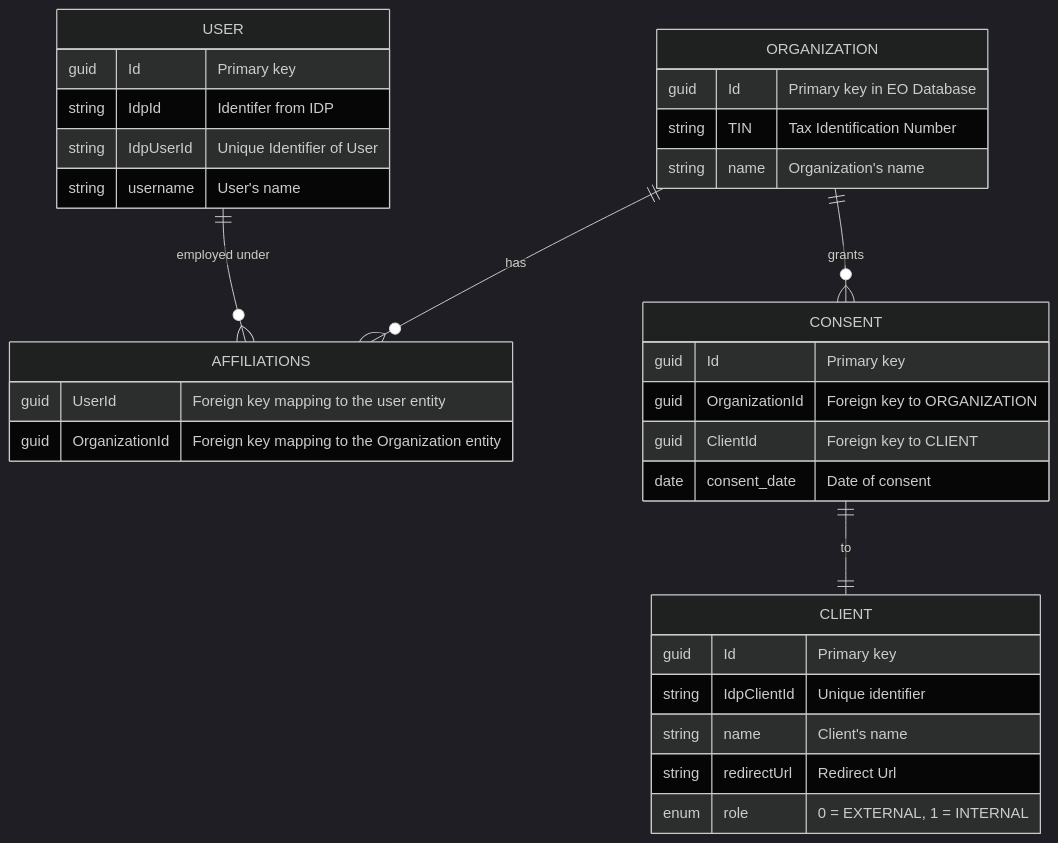
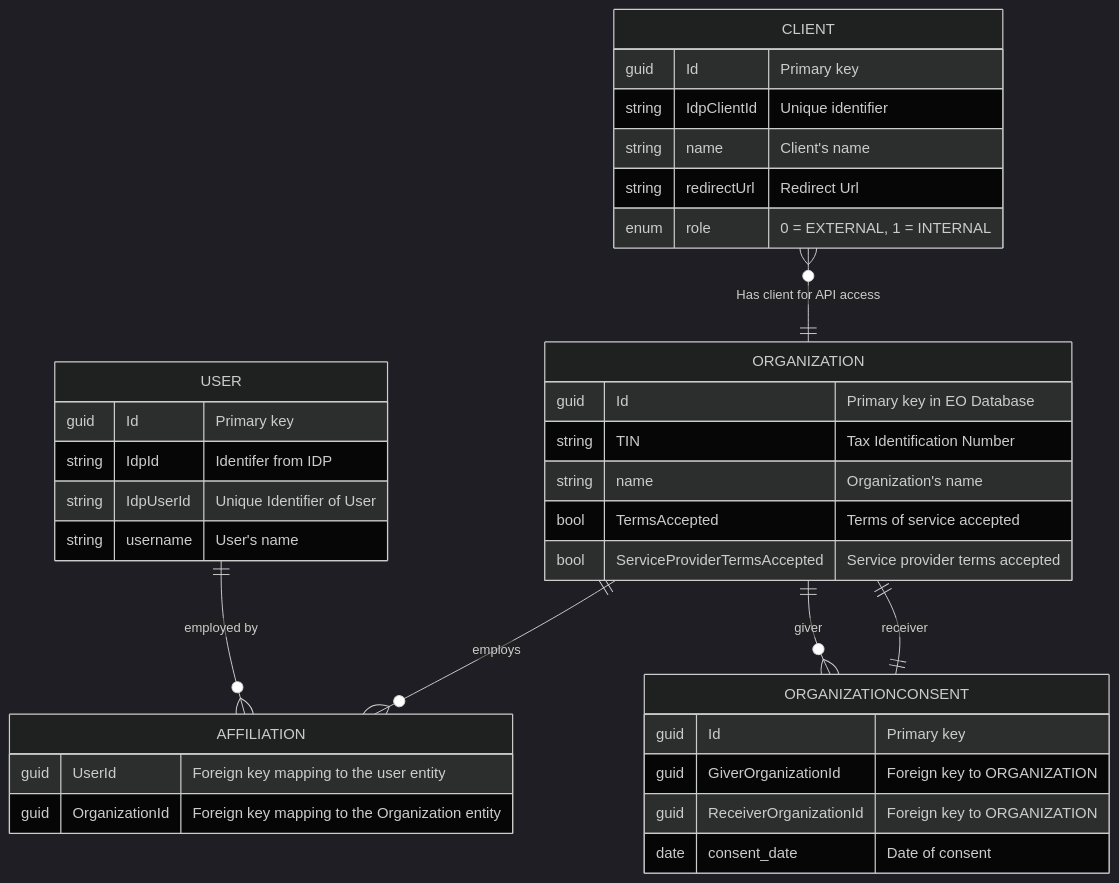
One commit to Energinet-DataHub/energy-origin changed the first of 7 diagrams in doc/architecture/domains/authorization.md. Above: the diagram before and after it, drawn with Mermaid (dark theme). The commit also changed other lines of this file and 3 other files, not shown here.

````diff
--- a/doc/architecture/domains/authorization.md
+++ b/doc/architecture/domains/authorization.md
@@ -26,41 +22,43 @@
 ```mermaid
 erDiagram
-    USER ||--o{ AFFILIATIONS : "employed under"
-    ORGANIZATION ||--o{ AFFILIATIONS : "has"
-    ORGANIZATION ||--o{ CONSENT : "grants"
-    CONSENT ||--|| CLIENT : "to"
-
+    USER ||--o{ AFFILIATION : "employed by"
+    ORGANIZATION ||--o{ AFFILIATION : "employs"
+    ORGANIZATION ||--o{ ORGANIZATIONCONSENT : "giver"
+    ORGANIZATIONCONSENT ||--|| ORGANIZATION : "receiver"
+    CLIENT }o--|| ORGANIZATION : "Has client for API access"
 
     ORGANIZATION {
         guid Id "Primary key in EO Database"
         string TIN "Tax Identification Number"
         string name "Organization's name"
+        bool TermsAccepted "Terms of service accepted"
+        bool ServiceProviderTermsAccepted "Service provider terms accepted"
     }
 
     USER {
         guid Id "Primary key"
         string IdpId "Identifer from IDP"
         string IdpUserId "Unique Identifier of User"
         string username "User's name"
     }
 
-    AFFILIATIONS {
+    AFFILIATION {
         guid UserId "Foreign key mapping to the user entity"
         guid OrganizationId "Foreign key mapping to the Organization entity"
     }
 
     CLIENT {
         guid Id "Primary key"
         string IdpClientId "Unique identifier"
         string name "Client's name"
         string redirectUrl "Redirect Url"
         enum role "0 = EXTERNAL, 1 = INTERNAL"
     }
 
-    CONSENT {
+    ORGANIZATIONCONSENT {
         guid Id "Primary key"
-        guid OrganizationId "Foreign key to ORGANIZATION"
-        guid ClientId "Foreign key to CLIENT"
+        guid GiverOrganizationId "Foreign key to ORGANIZATION"
+        guid ReceiverOrganizationId "Foreign key to ORGANIZATION"
         date consent_date "Date of consent"
     }
 ```
````
